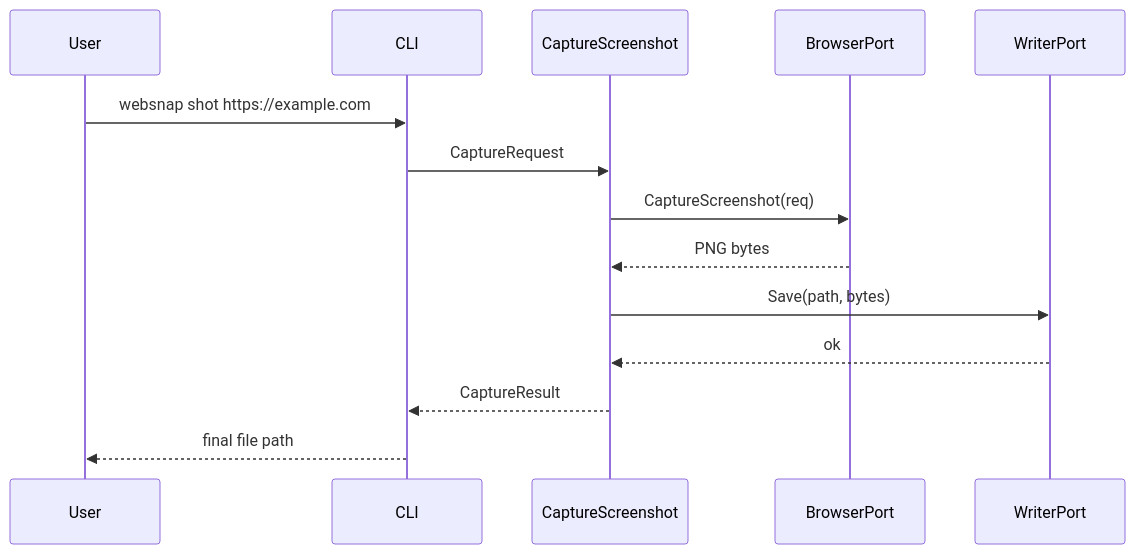
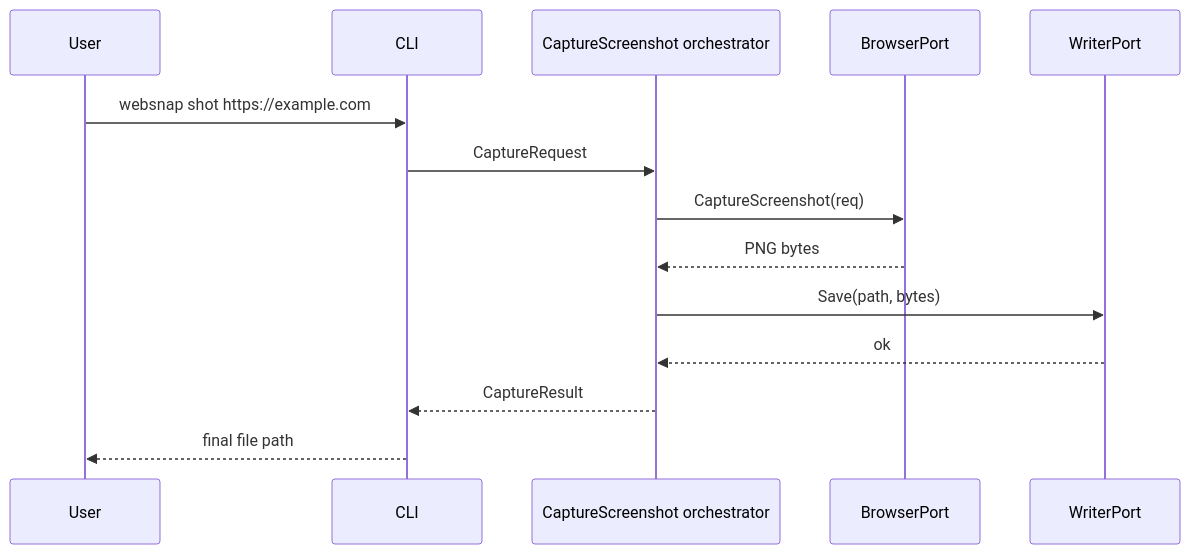
One commit to ai-cain/websnap changed the second of 2 diagrams in docs/ARCHITECTURE.md. Above: the diagram before and after it, drawn with Mermaid. The commit also changed other lines of this file and 22 other files, not shown here.

````diff
--- a/docs/ARCHITECTURE.md
+++ b/docs/ARCHITECTURE.md
@@ -235,17 +232,17 @@
 ```mermaid
 sequenceDiagram
     participant U as User
     participant CLI as CLI
-    participant UC as CaptureScreenshot
+    participant O as CaptureScreenshot orchestrator
     participant B as BrowserPort
     participant W as WriterPort
 
     U->>CLI: websnap shot https://example.com
-    CLI->>UC: CaptureRequest
-    UC->>B: CaptureScreenshot(req)
-    B-->>UC: PNG bytes
-    UC->>W: Save(path, bytes)
-    W-->>UC: ok
-    UC-->>CLI: CaptureResult
+    CLI->>O: CaptureRequest
+    O->>B: CaptureScreenshot(req)
+    B-->>O: PNG bytes
+    O->>W: Save(path, bytes)
+    W-->>O: ok
+    O-->>CLI: CaptureResult
     CLI-->>U: final file path
 ```
````
